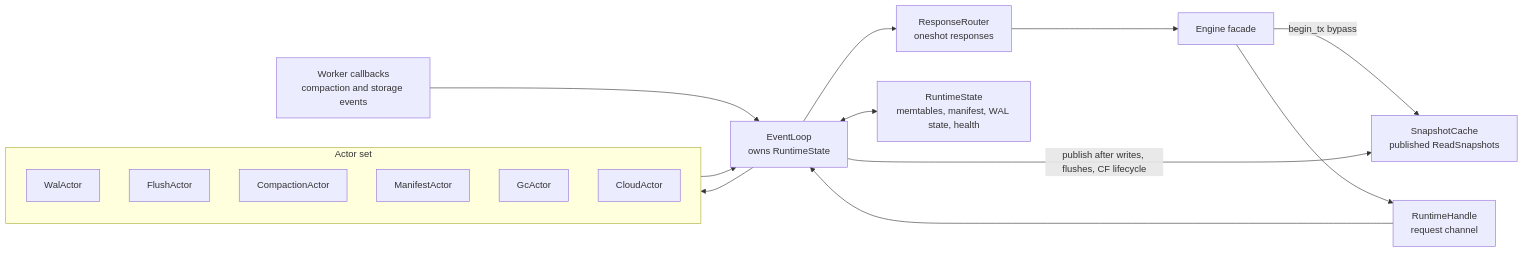
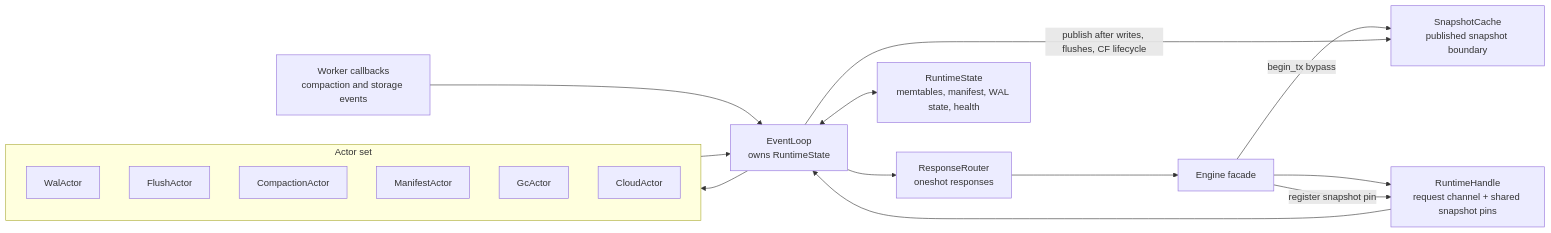
One commit to cntryl/midge changed the second of 10 diagrams in docs/development/architecture-diagrams.md. Above: the diagram before and after it, drawn with Mermaid. The commit also changed other lines of this file and 36 other files, not shown here.

````diff
--- a/docs/development/architecture-diagrams.md
+++ b/docs/development/architecture-diagrams.md
@@ -60,31 +63,32 @@
 ```mermaid
 flowchart LR
     Engine["Engine facade"]
-    Handle["RuntimeHandle<br/>request channel"]
+    Handle["RuntimeHandle<br/>request channel + shared snapshot pins"]
     Router["ResponseRouter<br/>oneshot responses"]
     Loop["EventLoop<br/>owns RuntimeState"]
 
     subgraph ActorSet["Actor set"]
         WalActor["WalActor"]
         FlushActor["FlushActor"]
         CompactionActor["CompactionActor"]
         ManifestActor["ManifestActor"]
         GcActor["GcActor"]
         CloudActor["CloudActor"]
     end
 
     State["RuntimeState<br/>memtables, manifest, WAL state, health"]
-    SnapshotCache["SnapshotCache<br/>published ReadSnapshots"]
+    SnapshotCache["SnapshotCache<br/>published snapshot boundary"]
     Workers["Worker callbacks<br/>compaction and storage events"]
 
     Engine --> Handle
     Engine -->|begin_tx bypass| SnapshotCache
+    Engine -->|register snapshot pin| Handle
     Handle --> Loop
     Loop --> ActorSet
     ActorSet --> Loop
     Loop <--> State
     Loop -->|publish after writes, flushes, CF lifecycle| SnapshotCache
     Loop --> Router
     Router --> Engine
     Workers --> Loop
 ```
````
